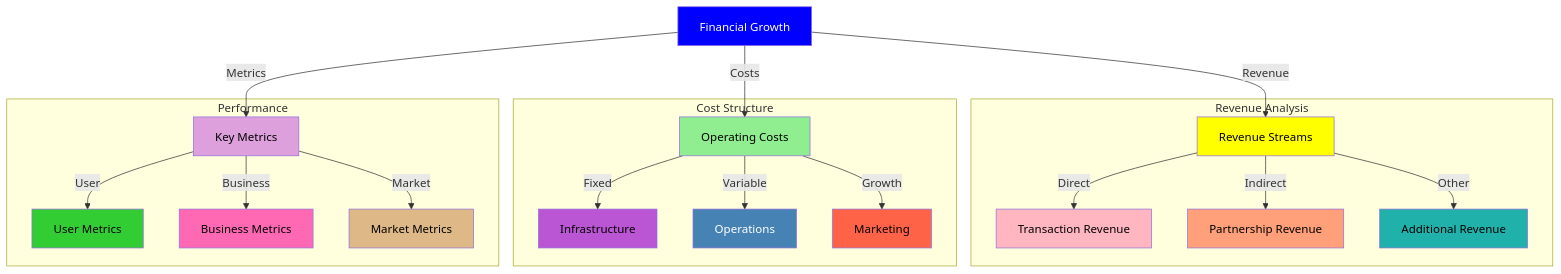
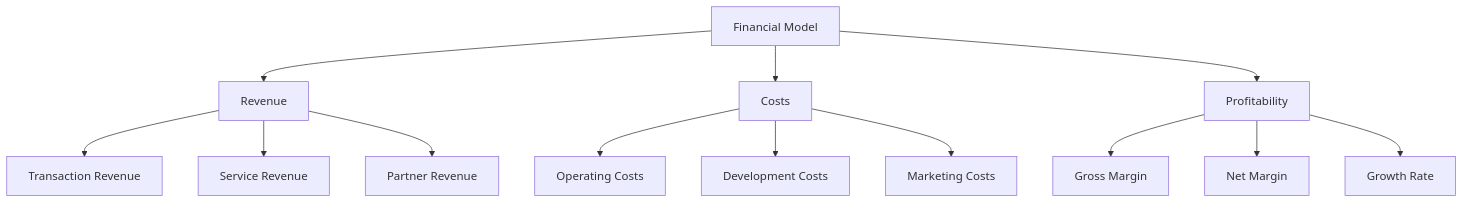
Before and after one commit to MEMEFANS/memefans: the sixth of 7 diagrams in docs/whitepaper/business-model.md, drawn with Mermaid. The commit also changed other lines of this file, not shown here.

Commit message:
fix: optimize business model flowcharts format

````diff
--- a/docs/whitepaper/business-model.md
+++ b/docs/whitepaper/business-model.md
@@ -188,38 +106,18 @@
-<div class="mermaid">
+```mermaid
 graph TD
-    A[Financial Growth] -->|Revenue| B[Revenue Streams]
-    A -->|Costs| C[Operating Costs]
-    A -->|Metrics| D[Key Metrics]
+    A[Financial Model] --> B[Revenue]
+    A --> C[Costs]
+    A --> D[Profitability]
     
-    subgraph Revenue Analysis
-    B -->|Direct| E[Transaction Revenue]
-    B -->|Indirect| F[Partnership Revenue]
-    B -->|Other| G[Additional Revenue]
-    end
+    B --> B1[Transaction Revenue]
+    B --> B2[Service Revenue]
+    B --> B3[Partner Revenue]
     
-    subgraph Cost Structure
-    C -->|Fixed| H[Infrastructure]
-    C -->|Variable| I[Operations]
-    C -->|Growth| J[Marketing]
-    end
+    C --> C1[Operating Costs]
+    C --> C2[Development Costs]
+    C --> C3[Marketing Costs]
     
-    subgraph Performance
-    D -->|User| K[User Metrics]
-    D -->|Business| L[Business Metrics]
-    D -->|Market| M[Market Metrics]
-    end
-    
-    style A fill:#0000FF,color:#FFFFFF
-    style B fill:#FFFF00,color:#000000
-    style C fill:#90EE90,color:#000000
-    style D fill:#DDA0DD,color:#000000
-    style E fill:#FFB6C1,color:#000000
-    style F fill:#FFA07A,color:#000000
-    style G fill:#20B2AA,color:#000000
-    style H fill:#BA55D3,color:#000000
-    style I fill:#4682B4,color:#FFFFFF
-    style J fill:#FF6347,color:#000000
-    style K fill:#32CD32,color:#000000
-    style L fill:#FF69B4,color:#000000
-    style M fill:#DEB887,color:#000000
-</div>
+    D --> D1[Gross Margin]
+    D --> D2[Net Margin]
+    D --> D3[Growth Rate]
+```
````
